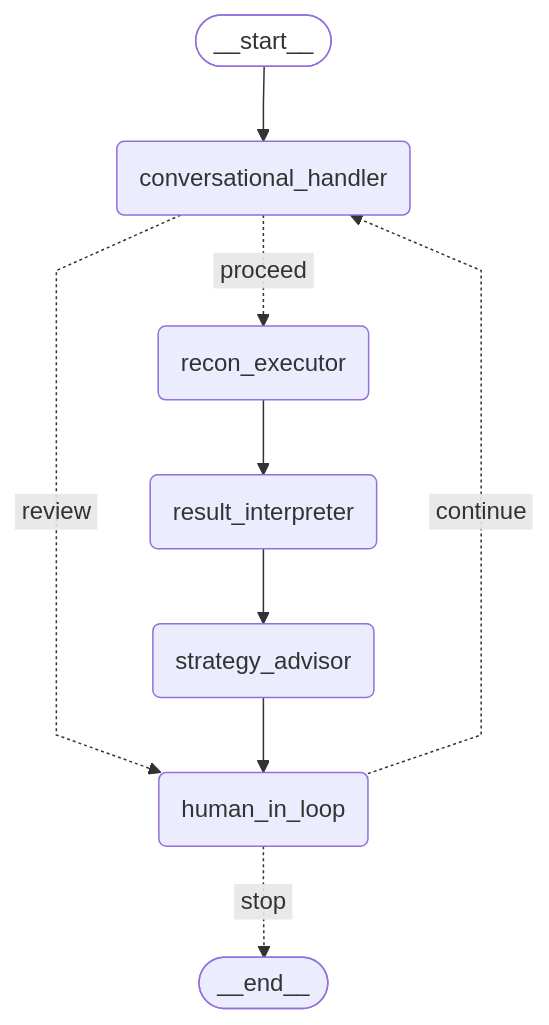
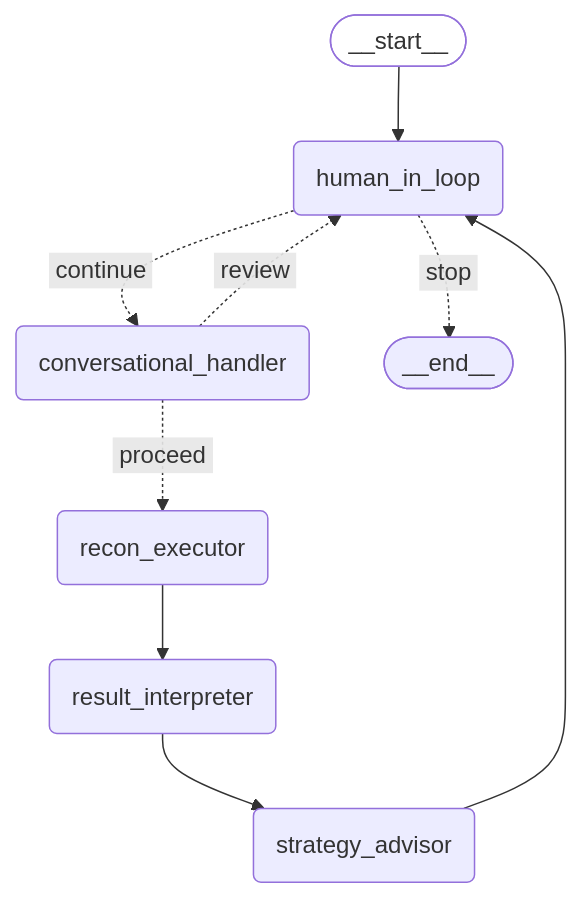
Before and after one commit to vksundararajan/AdaptiveFuzz: the diagram in README.md, drawn with Mermaid. The commit also changed other lines of this file and 9 other files, not shown here.

Commit message:
[CHORE] Update schema formation

````diff
--- a/README.md
+++ b/README.md
@@ -19,26 +11,26 @@
 ```mermaid
 ---
 config:
   flowchart:
-    curve: linear
+    curve: CARDINAL
 ---
 graph TD;
 	__start__([<p>__start__</p>]):::first
 	conversational_handler(conversational_handler)
 	recon_executor(recon_executor)
 	result_interpreter(result_interpreter)
 	strategy_advisor(strategy_advisor)
 	human_in_loop(human_in_loop)
 	__end__([<p>__end__</p>]):::last
-	__start__ --> conversational_handler;
+	__start__ --> human_in_loop;
 	conversational_handler -. &nbsp;review&nbsp; .-> human_in_loop;
 	conversational_handler -. &nbsp;proceed&nbsp; .-> recon_executor;
 	human_in_loop -. &nbsp;stop&nbsp; .-> __end__;
 	human_in_loop -. &nbsp;continue&nbsp; .-> conversational_handler;
 	recon_executor --> result_interpreter;
 	result_interpreter --> strategy_advisor;
 	strategy_advisor --> human_in_loop;
 	classDef default fill:,line-height:1.2
 	classDef first fill-opacity:0
 	classDef last fill:
 ```
````
